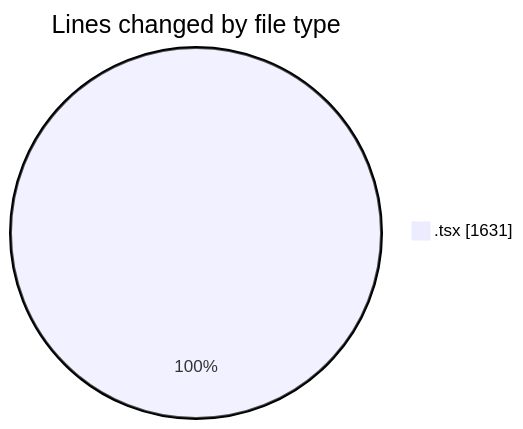
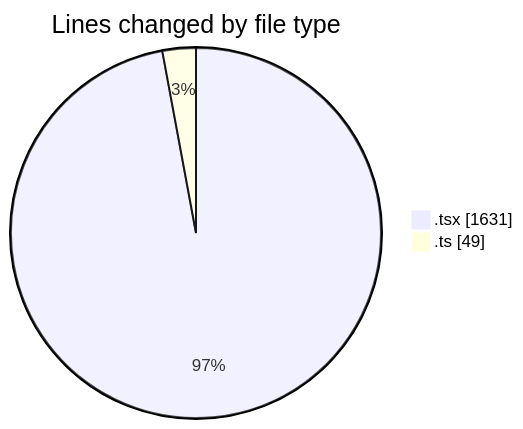
One commit to momahboobian/code-tracking changed the first of 2 diagrams in 2025-09-24/cda/README.md. Above: the diagram before and after it, drawn with Mermaid. The commit also changed other lines of this file and 1 other file, not shown here.

````diff
--- a/2025-09-24/cda/README.md
+++ b/2025-09-24/cda/README.md
@@ -22,5 +23,6 @@
 ```mermaid
 pie showData
 title Lines changed by file type
 ".tsx" : 1631
+".ts" : 49
 ```
````
